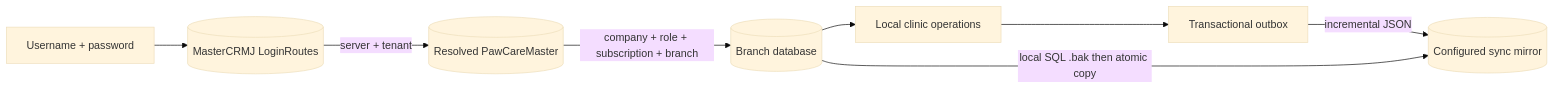
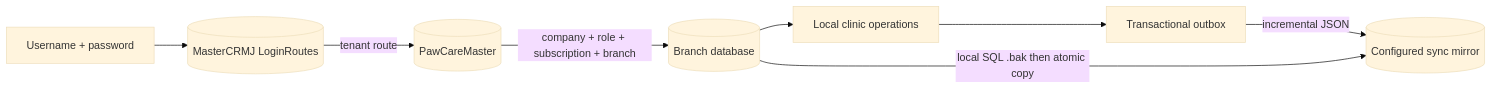
Before and after one commit to jbajao553723-eng/pawscare: the first of 2 diagrams in docs/PROCESS_FLOW.md, drawn with Mermaid (base theme). The commit also changed other lines of this file and 10 other files, not shown here.

````diff
--- a/docs/PROCESS_FLOW.md
+++ b/docs/PROCESS_FLOW.md
@@ -5,11 +5,11 @@
 ```mermaid
 flowchart LR
     Login[Username + password] --> Directory[(MasterCRMJ LoginRoutes)]
-    Directory -->|server + tenant| Master[(Resolved PawCareMaster)]
+    Directory -->|tenant route| Master[(PawCareMaster)]
     Master -->|company + role + subscription + branch| A[(Branch database)]
 
     A --> OA[Local clinic operations]
     OA --> XA[Transactional outbox]
     XA -->|incremental JSON| Cloud[(Configured sync mirror)]
     A -->|local SQL .bak then atomic copy| Cloud
 ```
````
